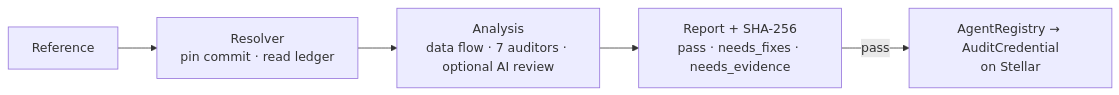
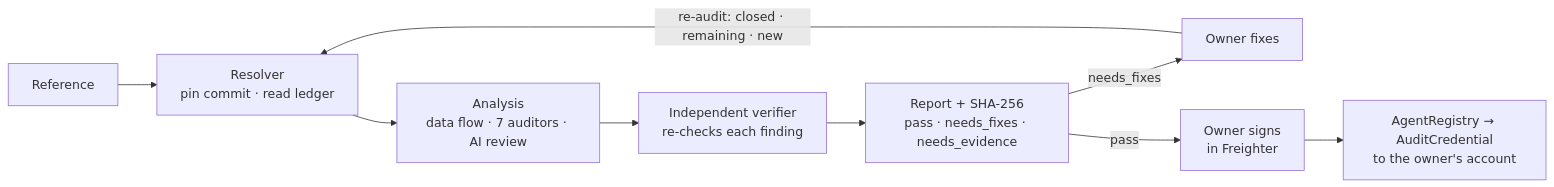
Before and after one commit to furkan3152/Touchmark_agent: the diagram in README.md, drawn with Mermaid. The commit also changed other lines of this file and 3 other files, not shown here.

````diff
--- a/README.md
+++ b/README.md
@@ -89,7 +93,11 @@
 ```mermaid
 flowchart LR
     R["Reference"] --> RES["Resolver<br/>pin commit · read ledger"]
-    RES --> AN["Analysis<br/>data flow · 7 auditors · optional AI review"]
-    AN --> REP["Report + SHA-256<br/>pass · needs_fixes · needs_evidence"]
-    REP -->|"pass"| CHAIN["AgentRegistry → AuditCredential<br/>on Stellar"]
+    RES --> AN["Analysis<br/>data flow · 7 auditors · AI review"]
+    AN --> VER["Independent verifier<br/>re-checks each finding"]
+    VER --> REP["Report + SHA-256<br/>pass · needs_fixes · needs_evidence"]
+    REP -->|"needs_fixes"| FIX["Owner fixes"]
+    FIX -->|"re-audit: closed · remaining · new"| RES
+    REP -->|"pass"| SIGN["Owner signs<br/>in Freighter"]
+    SIGN --> CHAIN["AgentRegistry → AuditCredential<br/>to the owner's account"]
 ```
````
